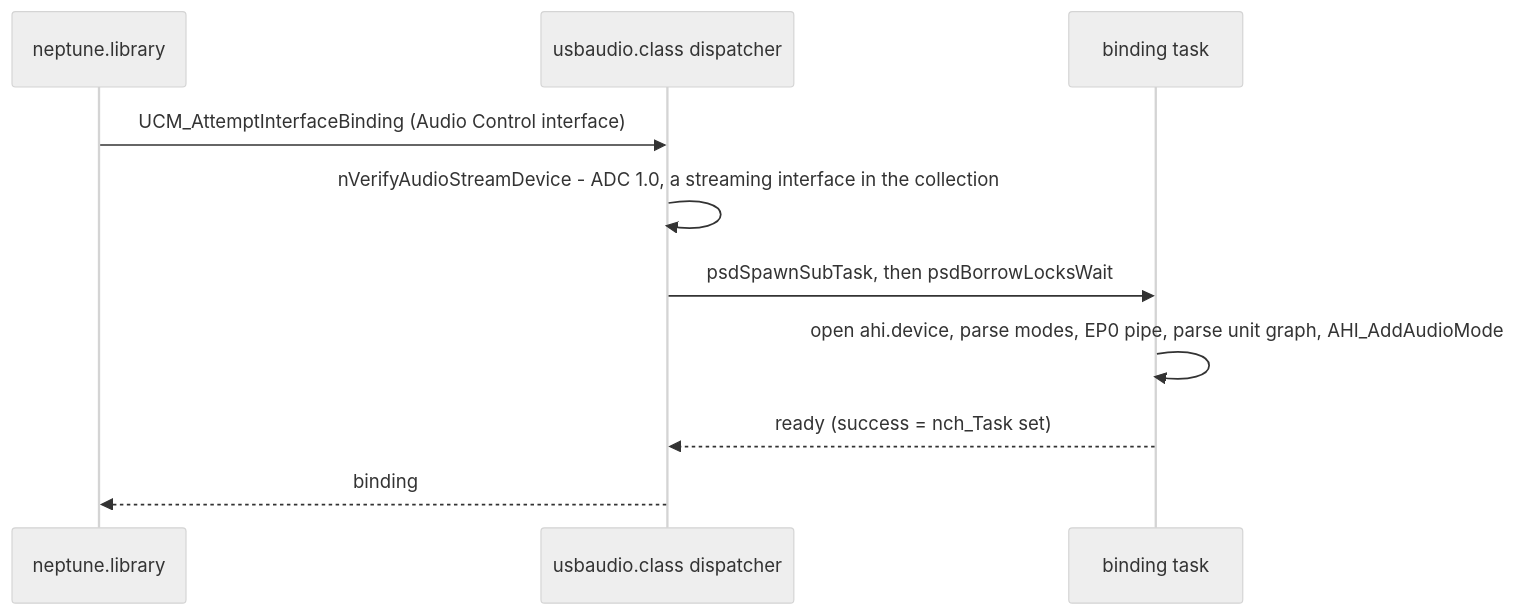
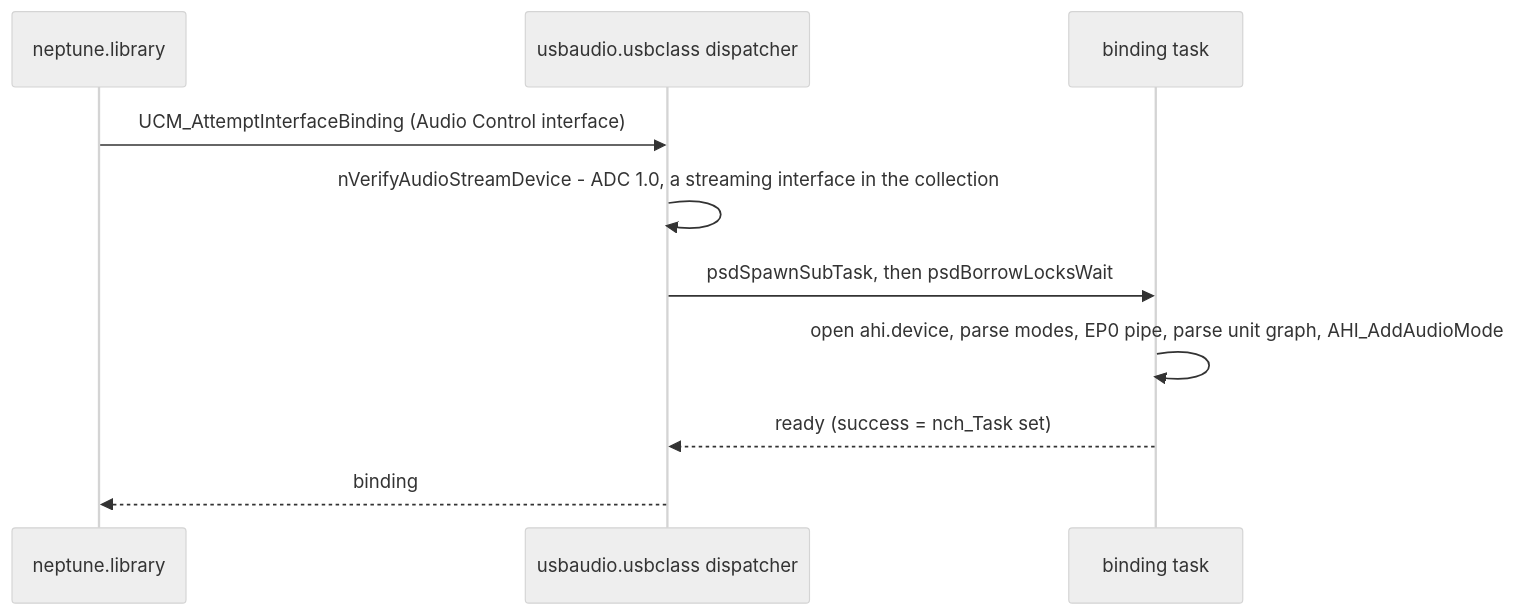
Before and after one commit to rondoval/neptune-usb-stack: the second of 4 diagrams in docs/usbaudio.class-architecture.md, drawn with Mermaid (neutral theme). The commit also changed other lines of this file and 113 other files, not shown here.

````diff
--- a/docs/usbaudio.class-architecture.md
+++ b/docs/usbaudio.class-architecture.md
@@ -128,13 +128,13 @@
 ```mermaid
 sequenceDiagram
     participant CORE as neptune.library
-    participant DISP as usbaudio.class dispatcher
+    participant DISP as usbaudio.usbclass dispatcher
     participant T as binding task
 
     CORE->>DISP: UCM_AttemptInterfaceBinding (Audio Control interface)
     DISP->>DISP: nVerifyAudioStreamDevice - ADC 1.0, a streaming interface in the collection
     DISP->>T: psdSpawnSubTask, then psdBorrowLocksWait
     T->>T: open ahi.device, parse modes, EP0 pipe, parse unit graph, AHI_AddAudioMode
     T-->>DISP: ready (success = nch_Task set)
     DISP-->>CORE: binding
 ```
````
